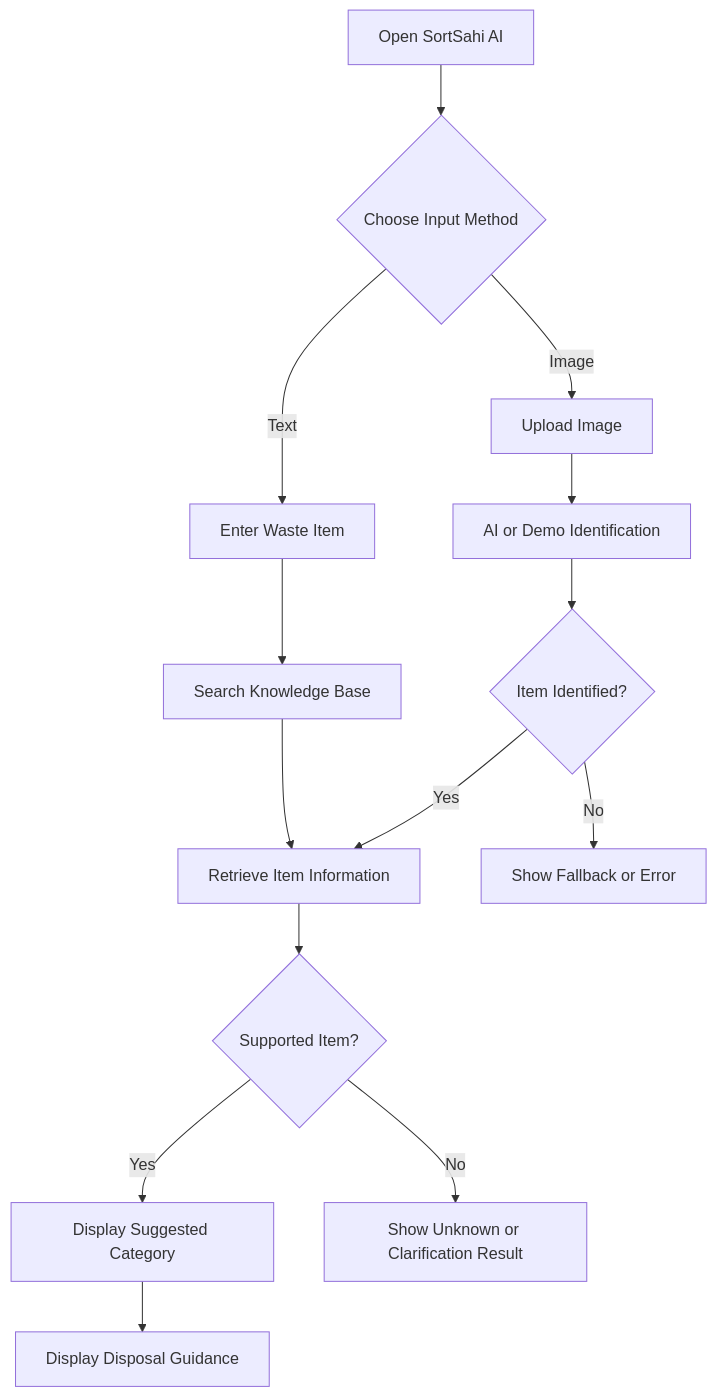
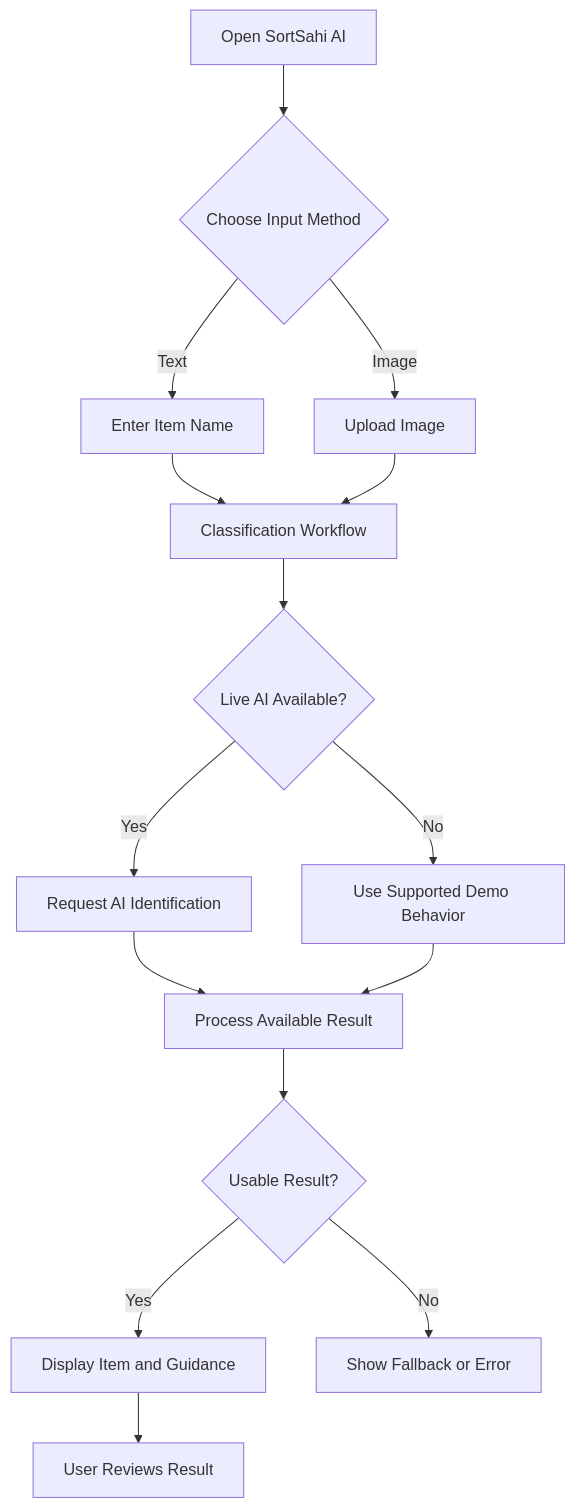
The second of 2 diagrams in README.md (parthmathur007/sortsahi-ai), drawn with Mermaid before and after one commit. The commit also changed other lines of this file, not shown here.

````diff
--- a/README.md
+++ b/README.md
@@ -152,22 +177,25 @@
 ```mermaid
 flowchart TD
-    A[Open SortSahi AI] --> B{Choose Input Method}
+    START["Open SortSahi AI"] --> INPUT{"Choose Input Method"}
 
-    B -->|Text| C[Enter Waste Item]
-    B -->|Image| D[Upload Image]
+    INPUT -->|Text| TEXT["Enter Item Name"]
+    INPUT -->|Image| IMAGE["Upload Image"]
 
-    C --> E[Search Knowledge Base]
-    D --> F[AI or Demo Identification]
+    TEXT --> API["Classification Workflow"]
+    IMAGE --> API
 
-    F --> G{Item Identified?}
-    G -->|Yes| H[Retrieve Item Information]
-    G -->|No| I[Show Fallback or Error]
+    API --> PROVIDER{"Live AI Available?"}
 
-    E --> H
-    H --> J{Supported Item?}
+    PROVIDER -->|Yes| AI["Request AI Identification"]
+    PROVIDER -->|No| DEMO["Use Supported Demo Behavior"]
 
-    J -->|Yes| K[Display Suggested Category]
-    J -->|No| L[Show Unknown or Clarification Result]
+    AI --> CHECK["Process Available Result"]
+    DEMO --> CHECK
 
-    K --> M[Display Disposal Guidance]
+    CHECK --> VALID{"Usable Result?"}
+
+    VALID -->|Yes| DISPLAY["Display Item and Guidance"]
+    VALID -->|No| FALLBACK["Show Fallback or Error"]
+
+    DISPLAY --> END["User Reviews Result"]
 ```
````
